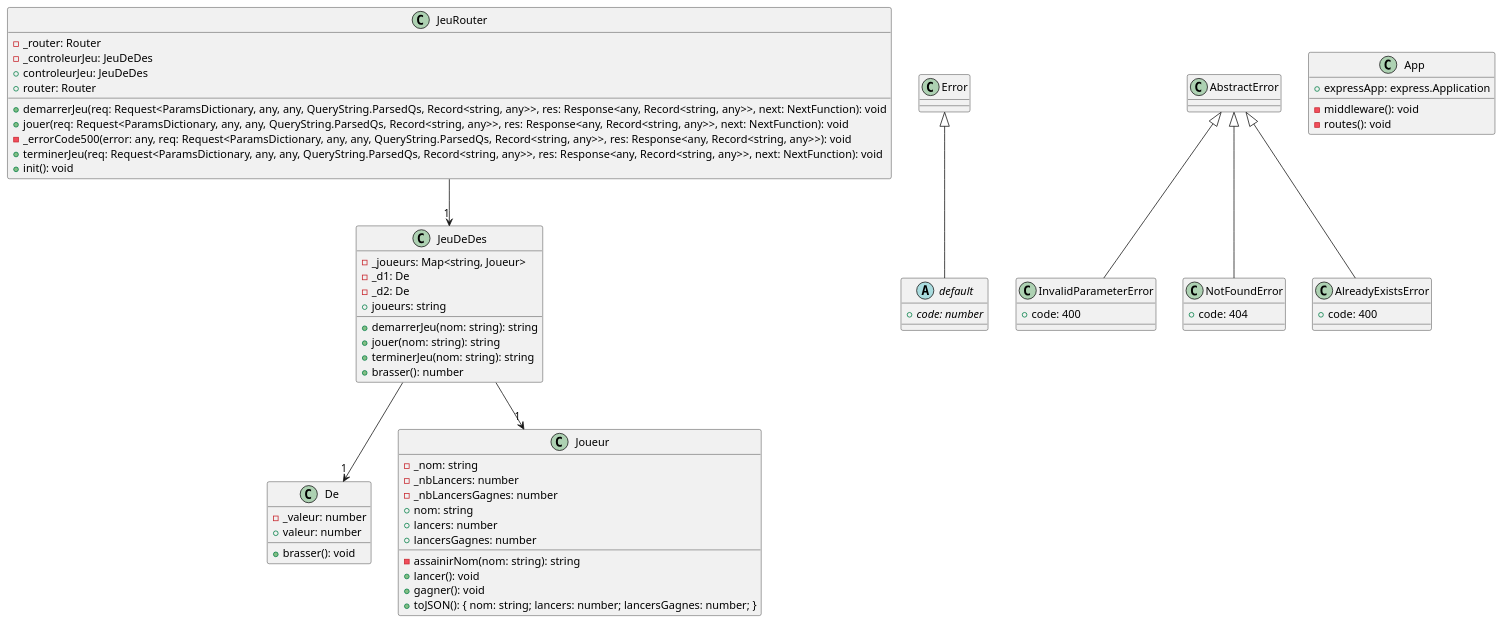
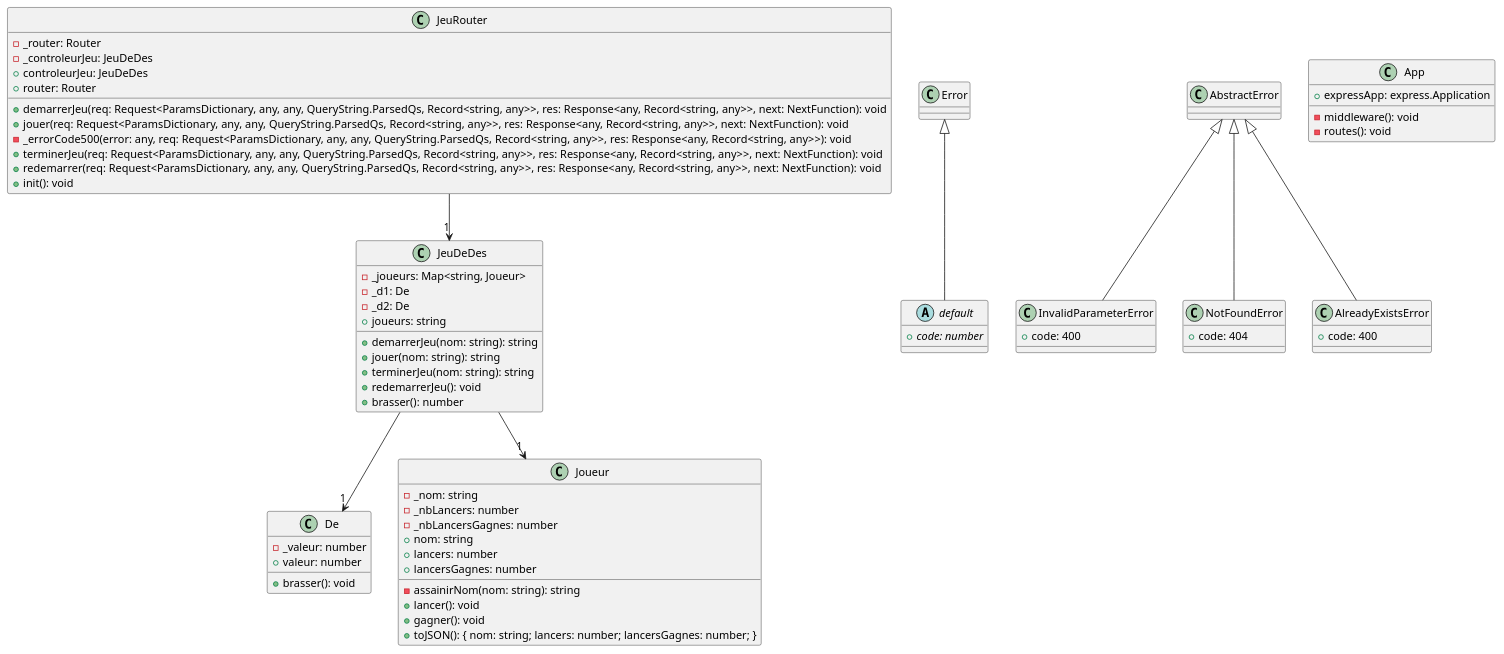
One commit to InkEmperium/log210-lab00 changed the diagram in docs/modeles/App.puml. Above: the diagram before and after it, drawn with PlantUML. The commit also changed 1 other file, not shown here.

```diff
--- a/docs/modeles/App.puml
+++ b/docs/modeles/App.puml
@@ -1,60 +1,62 @@
 @startuml
 class De {
     -_valeur: number
     +brasser(): void
     +valeur: number
 }
 abstract class default extends Error {
     +{abstract} code: number
 }
 class InvalidParameterError extends AbstractError {
     +code: 400
 }
 class Joueur {
     -_nom: string
     -_nbLancers: number
     -_nbLancersGagnes: number
     +nom: string
     -assainirNom(nom: string): string
     +lancers: number
     +lancersGagnes: number
     +lancer(): void
     +gagner(): void
     +toJSON(): { nom: string; lancers: number; lancersGagnes: number; }
 }
 class NotFoundError extends AbstractError {
     +code: 404
 }
 class AlreadyExistsError extends AbstractError {
     +code: 400
 }
 class JeuDeDes {
     -_joueurs: Map<string, Joueur>
     -_d1: De
     -_d2: De
     +demarrerJeu(nom: string): string
     +jouer(nom: string): string
     +terminerJeu(nom: string): string
+    +redemarrerJeu(): void
     +brasser(): number
     +joueurs: string
 }
 class JeuRouter {
     -_router: Router
     -_controleurJeu: JeuDeDes
     +controleurJeu: JeuDeDes
     +router: Router
     +demarrerJeu(req: Request<ParamsDictionary, any, any, QueryString.ParsedQs, Record<string, any>>, res: Response<any, Record<string, any>>, next: NextFunction): void
     +jouer(req: Request<ParamsDictionary, any, any, QueryString.ParsedQs, Record<string, any>>, res: Response<any, Record<string, any>>, next: NextFunction): void
     -_errorCode500(error: any, req: Request<ParamsDictionary, any, any, QueryString.ParsedQs, Record<string, any>>, res: Response<any, Record<string, any>>): void
     +terminerJeu(req: Request<ParamsDictionary, any, any, QueryString.ParsedQs, Record<string, any>>, res: Response<any, Record<string, any>>, next: NextFunction): void
+    +redemarrer(req: Request<ParamsDictionary, any, any, QueryString.ParsedQs, Record<string, any>>, res: Response<any, Record<string, any>>, next: NextFunction): void
     +init(): void
 }
 class App {
     +expressApp: express.Application
     -middleware(): void
     -routes(): void
 }
 JeuDeDes --> "1" Joueur
 JeuDeDes --> "1" De
 JeuRouter --> "1" JeuDeDes
 @enduml
```
